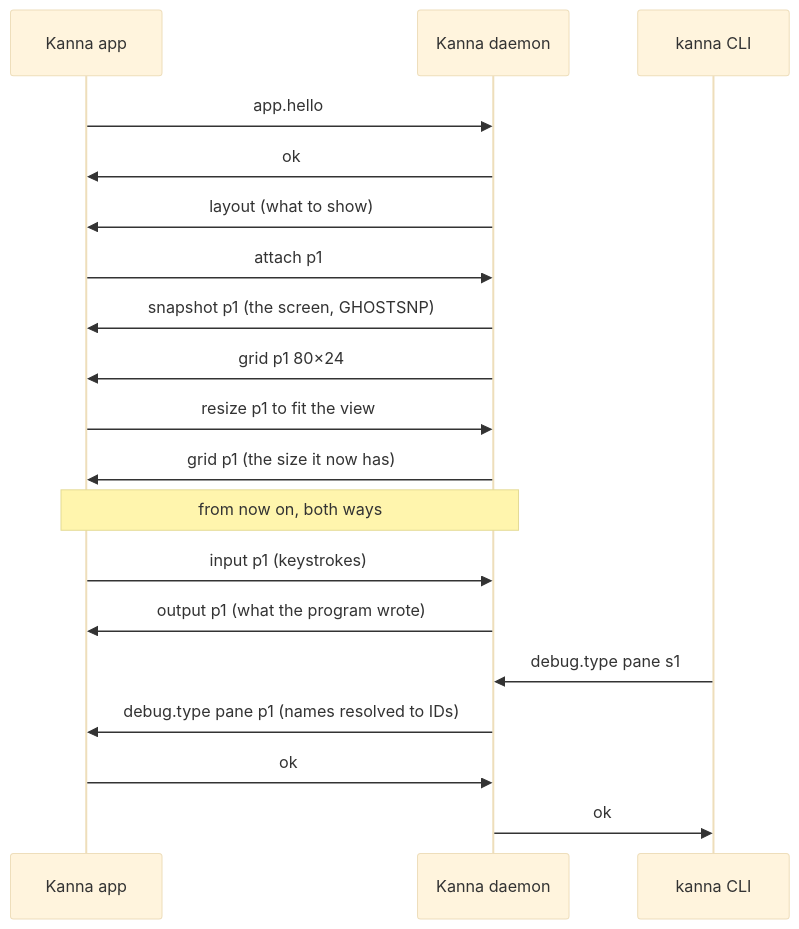
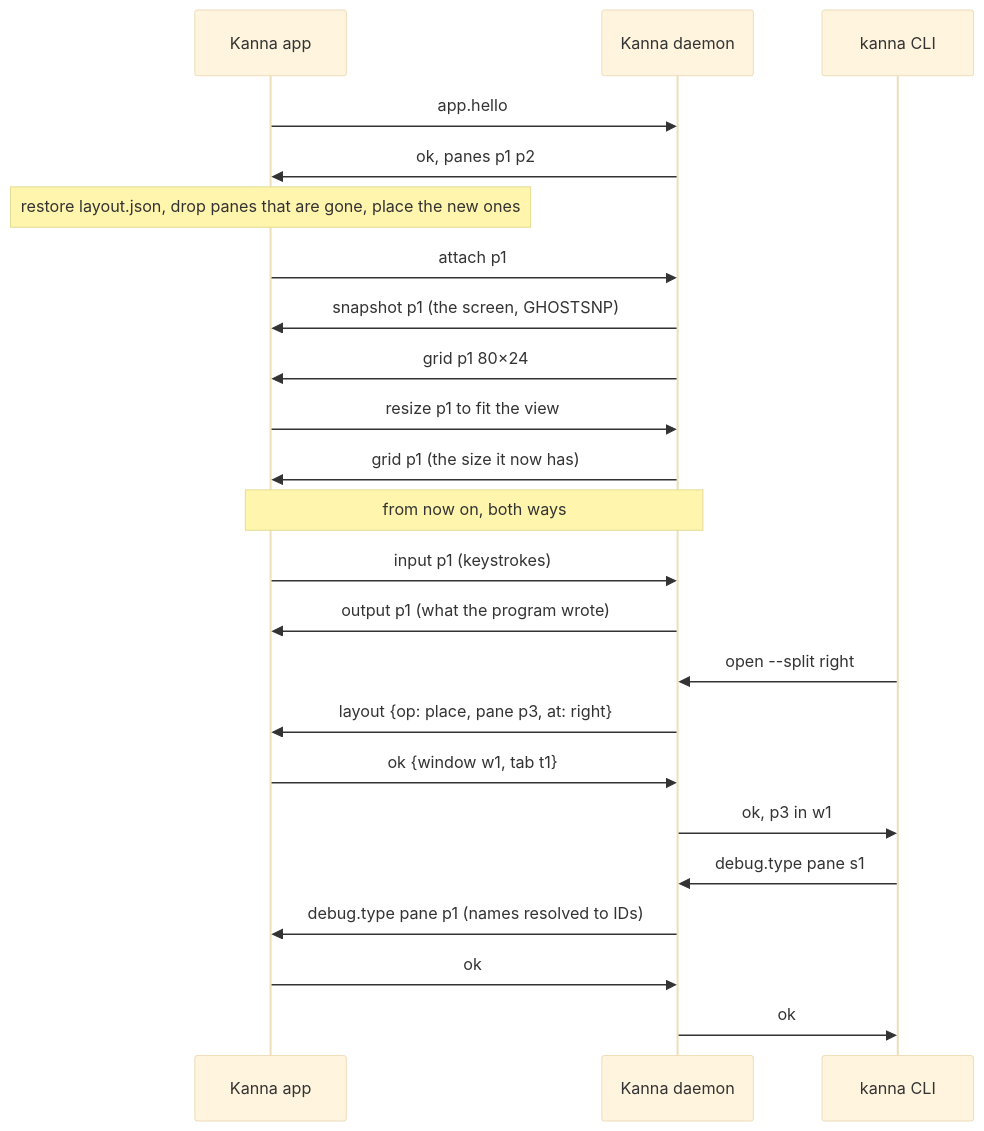
The sixth of 11 diagrams in docs/kanna-spec.md (jemdiggity/kanna-v4), drawn with Mermaid (base theme) before and after one commit. The commit also changed other lines of this file and 1 other file, not shown here.

Commit message:
Spec and plan: the layout is the app's (4.7), steps and no-app answers, saving and restoring, the CLI starting the app, exit 6; 1.3, 1.4 done, M1 complete

````diff
--- a/docs/kanna-spec.md
+++ b/docs/kanna-spec.md
@@ -244,21 +244,25 @@
 ```mermaid
 sequenceDiagram
     participant A as Kanna app
     participant D as Kanna daemon
     participant C as kanna CLI
     A->>D: app.hello
-    D->>A: ok
-    D->>A: layout (what to show)
+    D->>A: ok, panes p1 p2
+    Note over A: restore layout.json, drop panes that are gone, place the new ones
     A->>D: attach p1
     D->>A: snapshot p1 (the screen, GHOSTSNP)
     D->>A: grid p1 80×24
     A->>D: resize p1 to fit the view
     D->>A: grid p1 (the size it now has)
     Note over A,D: from now on, both ways
     A->>D: input p1 (keystrokes)
     D->>A: output p1 (what the program wrote)
+    C->>D: open --split right
+    D->>A: layout {op: place, pane p3, at: right}
+    A->>D: ok {window w1, tab t1}
+    D->>C: ok, p3 in w1
     C->>D: debug.type pane s1
     D->>A: debug.type pane p1 (names resolved to IDs)
     A->>D: ok
     D->>C: ok
 ```
````
